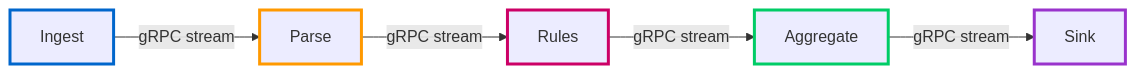
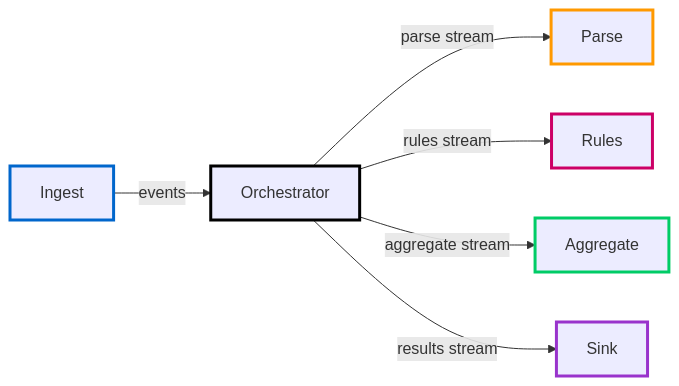
Before and after one commit to Michael--/modular-runtime: the first of 9 diagrams in docs-site/docs/guide/performance.md, drawn with Mermaid. The commit also changed other lines of this file and 7 other files, not shown here.

````diff
--- a/docs-site/docs/guide/performance.md
+++ b/docs-site/docs/guide/performance.md
@@ -9,13 +9,15 @@
 ```mermaid
 flowchart LR
-    A[Ingest] -->|gRPC stream| B[Parse]
-    B -->|gRPC stream| C[Rules]
-    C -->|gRPC stream| D[Aggregate]
-    D -->|gRPC stream| E[Sink]
+    A[Ingest] -->|events| O[Orchestrator]
+    O -->|parse stream| B[Parse]
+    O -->|rules stream| C[Rules]
+    O -->|aggregate stream| D[Aggregate]
+    O -->|results stream| E[Sink]
 
     style A stroke:#0066cc,stroke-width:3px
+    style O stroke:#000000,stroke-width:3px
     style B stroke:#ff9900,stroke-width:3px
     style C stroke:#cc0066,stroke-width:3px
     style D stroke:#00cc66,stroke-width:3px
     style E stroke:#9933cc,stroke-width:3px
 ```
````
